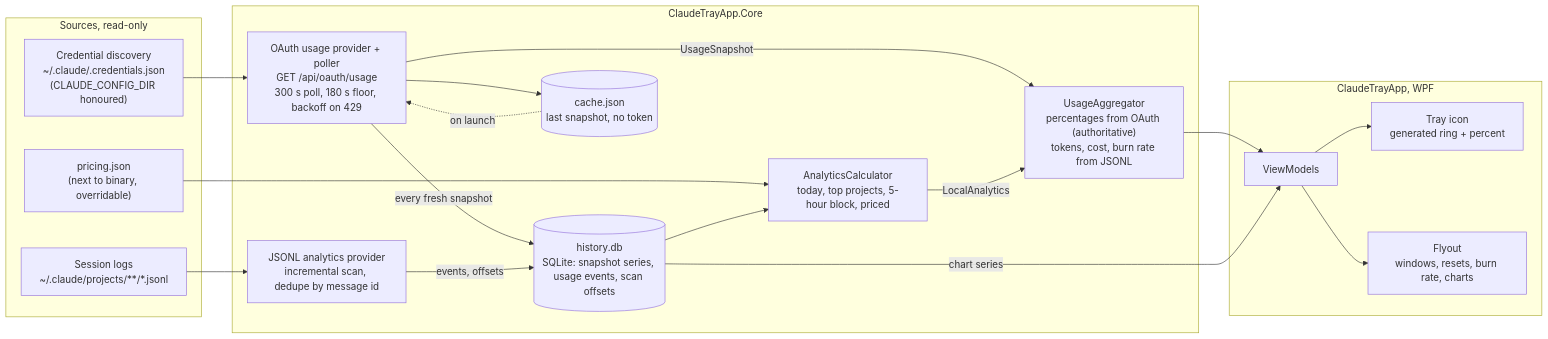
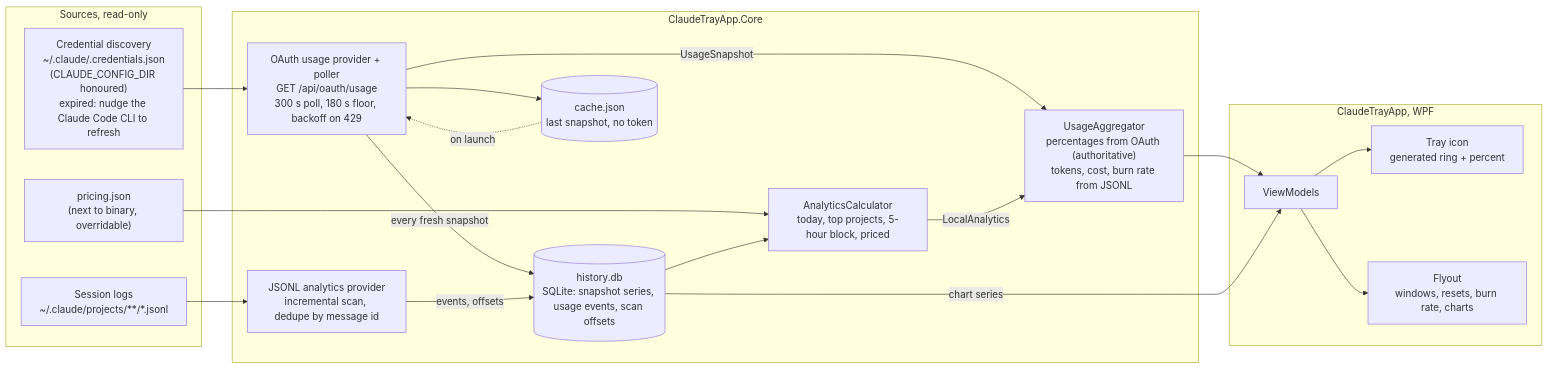
The first of 4 diagrams in docs/architecture.md (mlcousek/claude_trayapp), drawn with Mermaid before and after one commit. The commit also changed other lines of this file and 25 other files, not shown here.

````diff
--- a/docs/architecture.md
+++ b/docs/architecture.md
@@ -41,38 +41,38 @@
 ```mermaid
 flowchart LR
     subgraph sources [Sources, read-only]
-        CRED["Credential discovery<br/>~/.claude/.credentials.json<br/>(CLAUDE_CONFIG_DIR honoured)"]
+        CRED["Credential discovery<br/>~/.claude/.credentials.json<br/>(CLAUDE_CONFIG_DIR honoured)<br/>expired: nudge the Claude Code CLI to refresh"]
         JSONL["Session logs<br/>~/.claude/projects/**/*.jsonl"]
         PRICE["pricing.json<br/>(next to binary, overridable)"]
     end
 
     subgraph core [ClaudeTrayApp.Core]
         OAUTH["OAuth usage provider + poller<br/>GET /api/oauth/usage<br/>300 s poll, 180 s floor, backoff on 429"]
         LOCAL["JSONL analytics provider<br/>incremental scan, dedupe by message id"]
         CALC["AnalyticsCalculator<br/>today, top projects, 5-hour block, priced"]
         AGG["UsageAggregator<br/>percentages from OAuth (authoritative)<br/>tokens, cost, burn rate from JSONL"]
         HIST[("history.db<br/>SQLite: snapshot series, usage events, scan offsets")]
         CACHE[("cache.json<br/>last snapshot, no token")]
     end
 
     subgraph app [ClaudeTrayApp, WPF]
         VM["ViewModels"]
         TRAY["Tray icon<br/>generated ring + percent"]
         FLYOUT["Flyout<br/>windows, resets, burn rate, charts"]
     end
 
     CRED --> OAUTH
     JSONL --> LOCAL
     PRICE --> CALC
     OAUTH -->|every fresh snapshot| HIST
     OAUTH --> CACHE
     CACHE -.->|on launch| OAUTH
     LOCAL -->|events, offsets| HIST
     HIST --> CALC
     OAUTH -->|UsageSnapshot| AGG
     CALC -->|LocalAnalytics| AGG
     AGG --> VM
     HIST -->|chart series| VM
     VM --> TRAY
     VM --> FLYOUT
 ```
````
